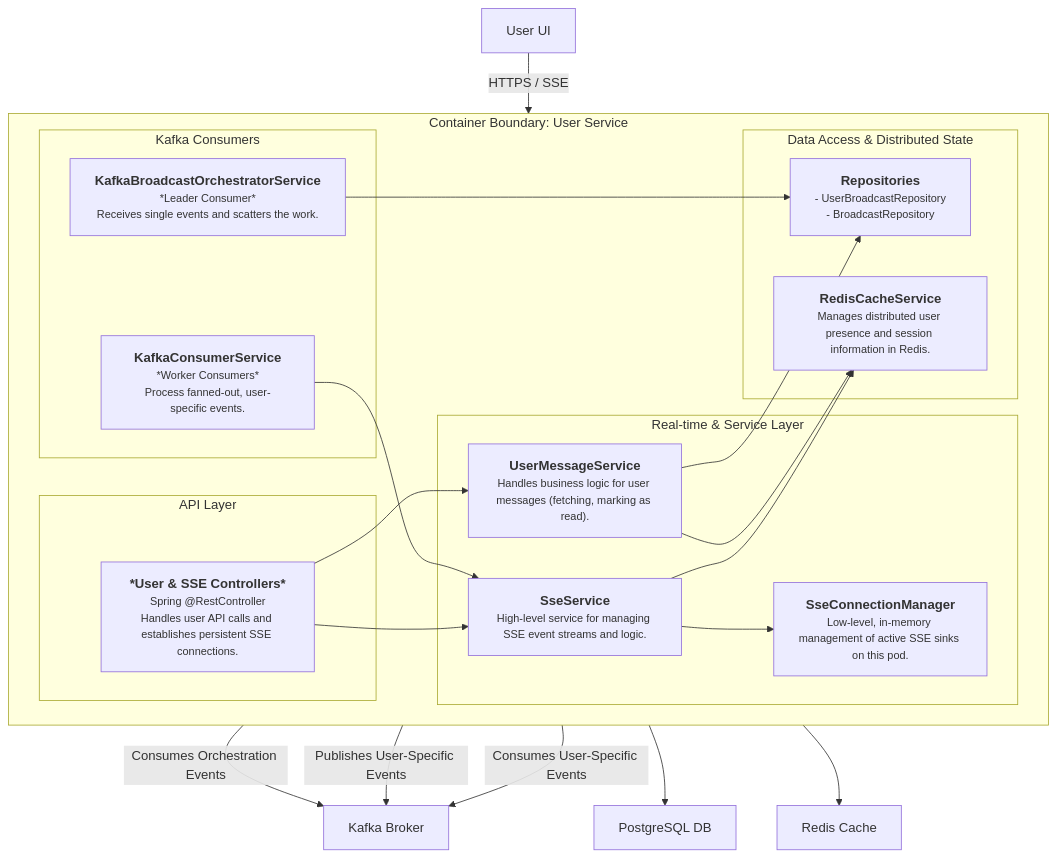
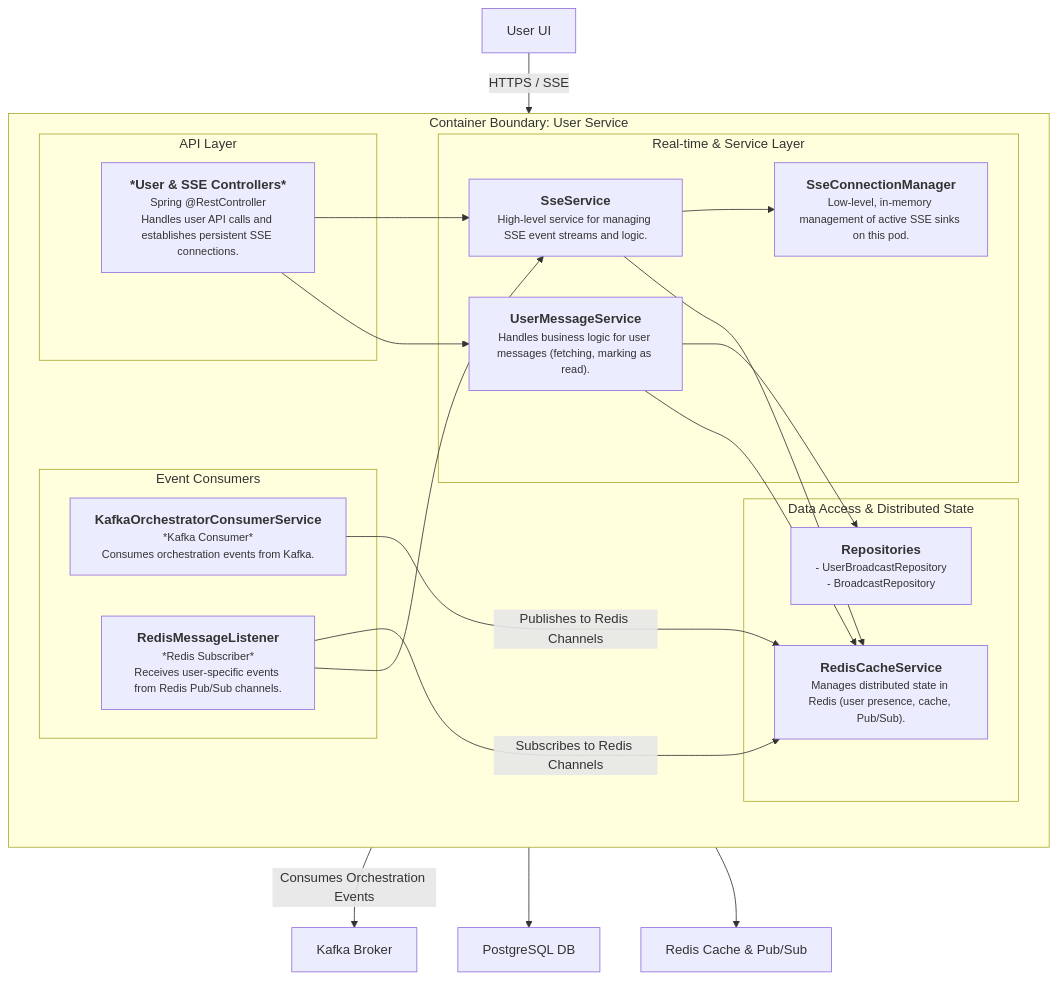
The diagram in MermaidDiagrams/c4-component-user-service.mmd (rsrini7/Notification-SSE-GLM-Flux), drawn with Mermaid before and after one commit. The commit also changed 16 other files, not shown here.

First line of the commit message:
refactor(diagrams): update architecture diagrams to reflect Redis Pub/Sub changes

```diff
--- a/MermaidDiagrams/c4-component-user-service.mmd
+++ b/MermaidDiagrams/c4-component-user-service.mmd
@@ -1,50 +1,49 @@
 graph TD
     subgraph "Container Boundary: User Service"
         direction LR
 
         subgraph "API Layer"
             UserControllers["<div style='font-weight:bold'>*User & SSE Controllers*</div><div style='font-size: smaller;'>Spring @RestController</div><div style='font-size: smaller;'>Handles user API calls and establishes persistent SSE connections.</div>"]
         end
 
         subgraph "Real-time & Service Layer"
             SseService["<div style='font-weight:bold'>SseService</div><div style='font-size: smaller;'>High-level service for managing SSE event streams and logic.</div>"]
             SseManager["<div style='font-weight:bold'>SseConnectionManager</div><div style='font-size: smaller;'>Low-level, in-memory management of active SSE sinks on this pod.</div>"]
             UserMessageService["<div style='font-weight:bold'>UserMessageService</div><div style='font-size: smaller;'>Handles business logic for user messages (fetching, marking as read).</div>"]
         end
         
-        subgraph "Kafka Consumers"
-            Orchestrator["<div style='font-weight:bold'>KafkaBroadcastOrchestratorService</div><div style='font-size: smaller;'>*Leader Consumer*<br/>Receives single events and scatters the work.</div>"]
-            WorkerConsumer["<div style='font-weight:bold'>KafkaConsumerService</div><div style='font-size: smaller;'>*Worker Consumers*<br/>Process fanned-out, user-specific events.</div>"]
+        subgraph "Event Consumers"
+            Orchestrator["<div style='font-weight:bold'>KafkaOrchestratorConsumerService</div><div style='font-size: smaller;'>*Kafka Consumer*<br/>Consumes orchestration events from Kafka.</div>"]
+            RedisListener["<div style='font-weight:bold'>RedisMessageListener</div><div style='font-size: smaller;'>*Redis Subscriber*<br/>Receives user-specific events from Redis Pub/Sub channels.</div>"]
         end
 
         subgraph "Data Access & Distributed State"
             Repositories["<div style='font-weight:bold'>Repositories</div><div style='font-size: smaller;'>- UserBroadcastRepository<br/>- BroadcastRepository</div>"]
-            RedisManager["<div style='font-weight:bold'>RedisCacheService</div><div style='font-size: smaller;'>Manages distributed user presence and session information in Redis.</div>"]
+            RedisManager["<div style='font-weight:bold'>RedisCacheService</div><div style='font-size: smaller;'>Manages distributed state in Redis (user presence, cache, Pub/Sub).</div>"]
         end
     end
 
     %% External Systems
     UserUI[User UI]
     Kafka[Kafka Broker]
     Postgres[PostgreSQL DB]
-    Redis[Redis Cache]
+    Redis[Redis Cache & Pub/Sub]
     
     %% Relationships
     UserUI -- "HTTPS / SSE" --> UserControllers
     UserControllers --> SseService
     UserControllers --> UserMessageService
     
     SseService --> SseManager
     SseService --> RedisManager
     UserMessageService --> Repositories
     UserMessageService --> RedisManager
 
     Orchestrator -- "Consumes Orchestration Events" --> Kafka
-    Orchestrator -- "Publishes User-Specific Events" --> Kafka
-    Orchestrator --> Repositories
+    Orchestrator -- "Publishes to Redis Channels" --> RedisManager
     
-    WorkerConsumer -- "Consumes User-Specific Events" --> Kafka
-    WorkerConsumer --> SseService
+    RedisListener -- "Subscribes to Redis Channels" --> RedisManager
+    RedisListener --> SseService
     
     Repositories --> Postgres
     RedisManager --> Redis
```
